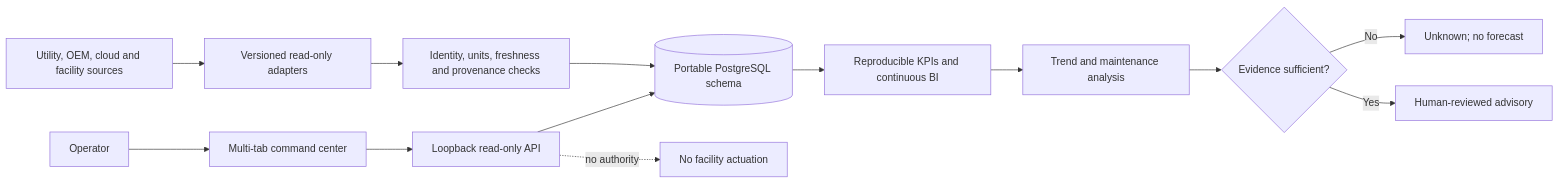
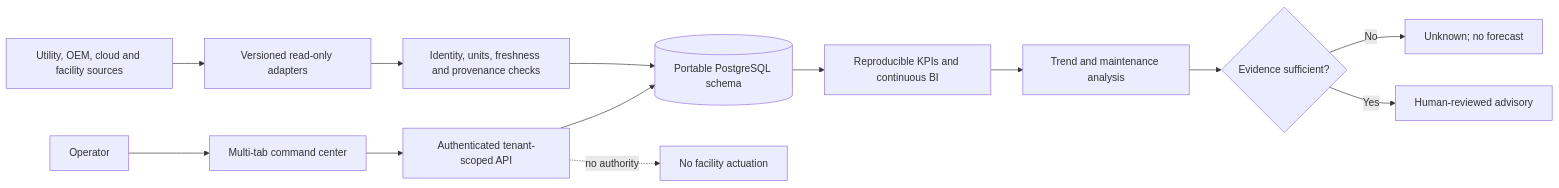
Before and after one commit to zqf20096327/dbhub_collect: the diagram in data/readmes/AAH20__data-center-commander.md, drawn with Mermaid. The commit also changed other lines of this file and 513 other files, not shown here.

````diff
--- a/data/readmes/AAH20__data-center-commander.md
+++ b/data/readmes/AAH20__data-center-commander.md
@@ -51,15 +63,15 @@
 ```mermaid
 flowchart LR
   SRC[Utility, OEM, cloud and facility sources] --> ADAPTER[Versioned read-only adapters]
   ADAPTER --> QUALITY[Identity, units, freshness and provenance checks]
   QUALITY --> DB[(Portable PostgreSQL schema)]
   OP[Operator] --> UI[Multi-tab command center]
-  UI --> API[Loopback read-only API]
+  UI --> API[Authenticated tenant-scoped API]
   API --> DB
   DB --> BI[Reproducible KPIs and continuous BI]
   BI --> MODELS[Trend and maintenance analysis]
   MODELS --> GATE{Evidence sufficient?}
   GATE -->|No| UNKNOWN[Unknown; no forecast]
   GATE -->|Yes| REC[Human-reviewed advisory]
   API -. no authority .-> SAFE[No facility actuation]
 ```
````
